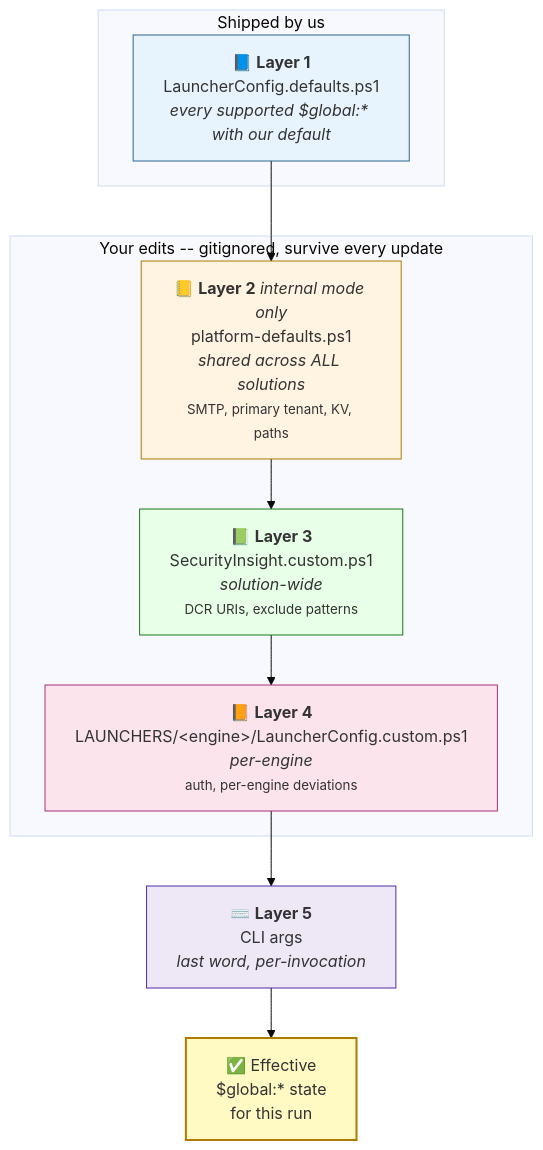
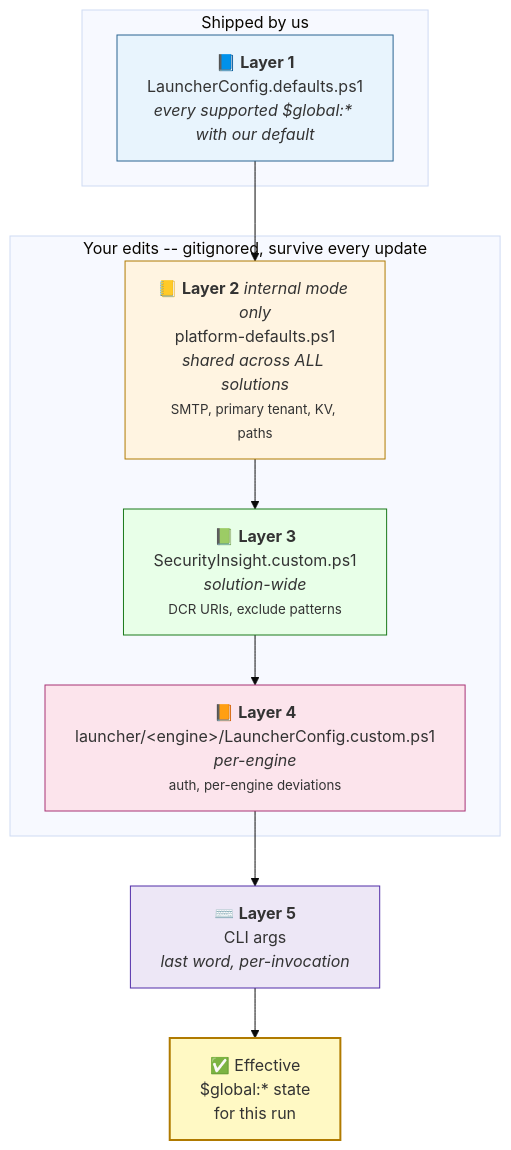
Before and after one commit to KnudsenMorten/SecurityInsight: the tenth of 11 diagrams in README.md, drawn with Mermaid (base theme). The commit also changed other lines of this file and 1542 other files, not shown here.

````diff
--- a/README.md
+++ b/README.md
@@ -2250,24 +2212,24 @@
 ```mermaid
 flowchart TB
     subgraph Us [Shipped by us]
         L1[📘 <b>Layer 1</b><br/>LauncherConfig.defaults.ps1<br/><i>every supported $global:* with our default</i>]
     end
     subgraph You [Your edits -- gitignored, survive every update]
         L2[📒 <b>Layer 2</b> <i>internal mode only</i><br/>platform-defaults.ps1<br/><i>shared across ALL solutions</i><br/><small>SMTP, primary tenant, KV, paths</small>]
         L3[📗 <b>Layer 3</b><br/>SecurityInsight.custom.ps1<br/><i>solution-wide</i><br/><small>DCR URIs, exclude patterns</small>]
-        L4["📙 <b>Layer 4</b><br/>LAUNCHERS/&lt;engine&gt;/LauncherConfig.custom.ps1<br/><i>per-engine</i><br/><small>auth, per-engine deviations</small>"]
+        L4["📙 <b>Layer 4</b><br/>launcher/&lt;engine&gt;/LauncherConfig.custom.ps1<br/><i>per-engine</i><br/><small>auth, per-engine deviations</small>"]
     end
     L5[⌨️ <b>Layer 5</b><br/>CLI args<br/><i>last word, per-invocation</i>]
 
     L1 --> L2
     L2 --> L3
     L3 --> L4
     L4 --> L5
     L5 --> EFF[✅ Effective<br/>$global:* state<br/>for this run]
     style L1 fill:#e8f4fd,stroke:#2a6592
     style L2 fill:#fff4e1,stroke:#b07a00
     style L3 fill:#e8ffe8,stroke:#1a7a1a
     style L4 fill:#fce4ec,stroke:#a83275
     style L5 fill:#ede7f6,stroke:#512da8
     style EFF fill:#fff9c4,stroke:#b07a00,stroke-width:2px
 ```
````
